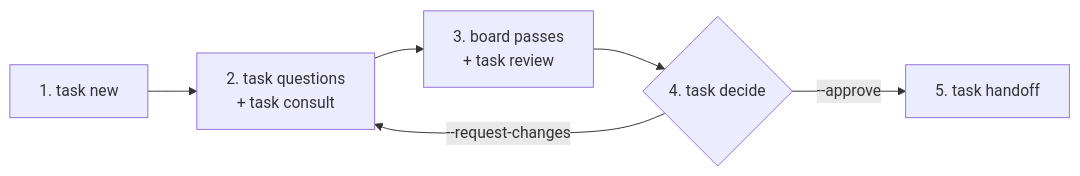
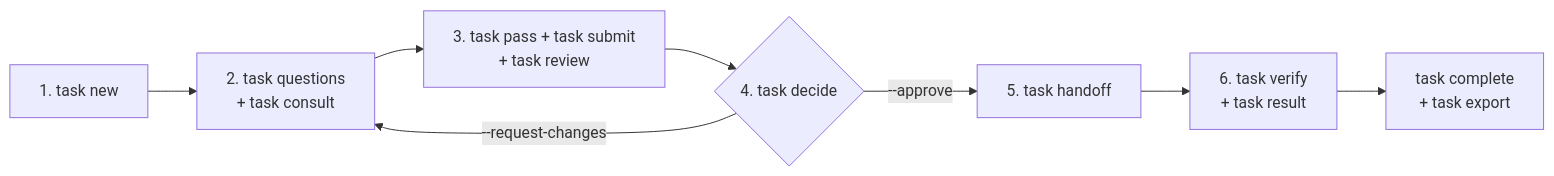
Before and after one commit to Sandbox-podcast/OpenGuildKit: the diagram in docs/workflow.md, drawn with Mermaid. The commit also changed other lines of this file and 15 other files, not shown here.

````diff
--- a/docs/workflow.md
+++ b/docs/workflow.md
@@ -5,8 +5,10 @@
 ```mermaid
 flowchart LR
     N["1. task new"] --> Q["2. task questions<br/>+ task consult"]
-    Q --> R["3. board passes<br/>+ task review"]
+    Q --> R["3. task pass + task submit<br/>+ task review"]
     R --> D{"4. task decide"}
+    D -- "--request-changes" --> Q
     D -- "--approve" --> H["5. task handoff"]
-    D -- "--request-changes" --> Q
+    H --> V["6. task verify<br/>+ task result"]
+    V --> C["task complete<br/>+ task export"]
 ```
````
